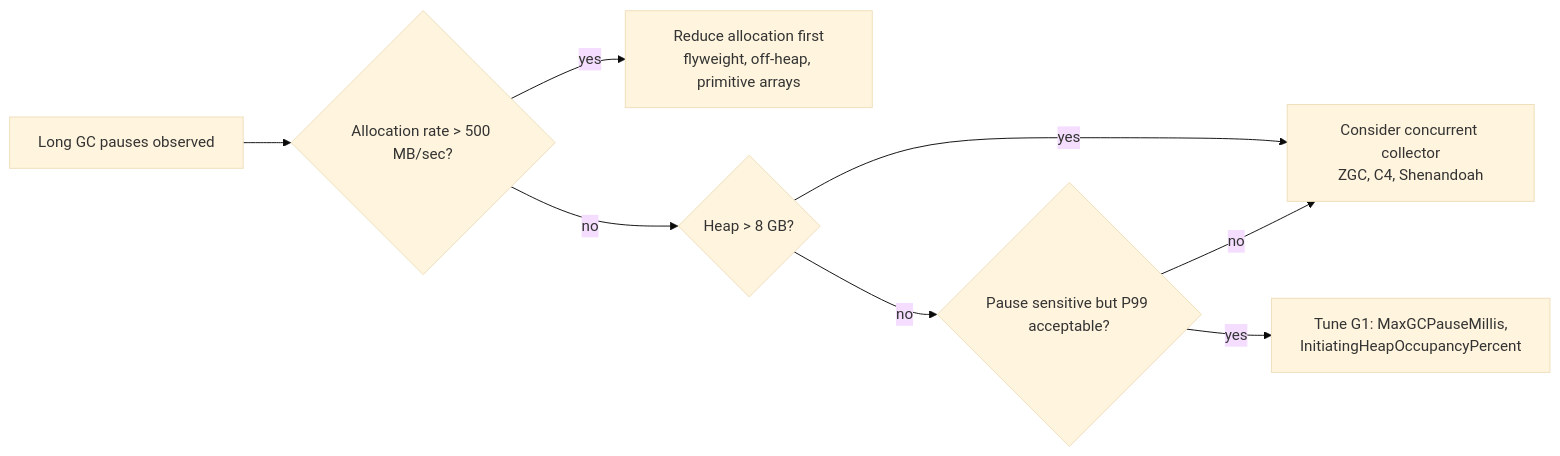
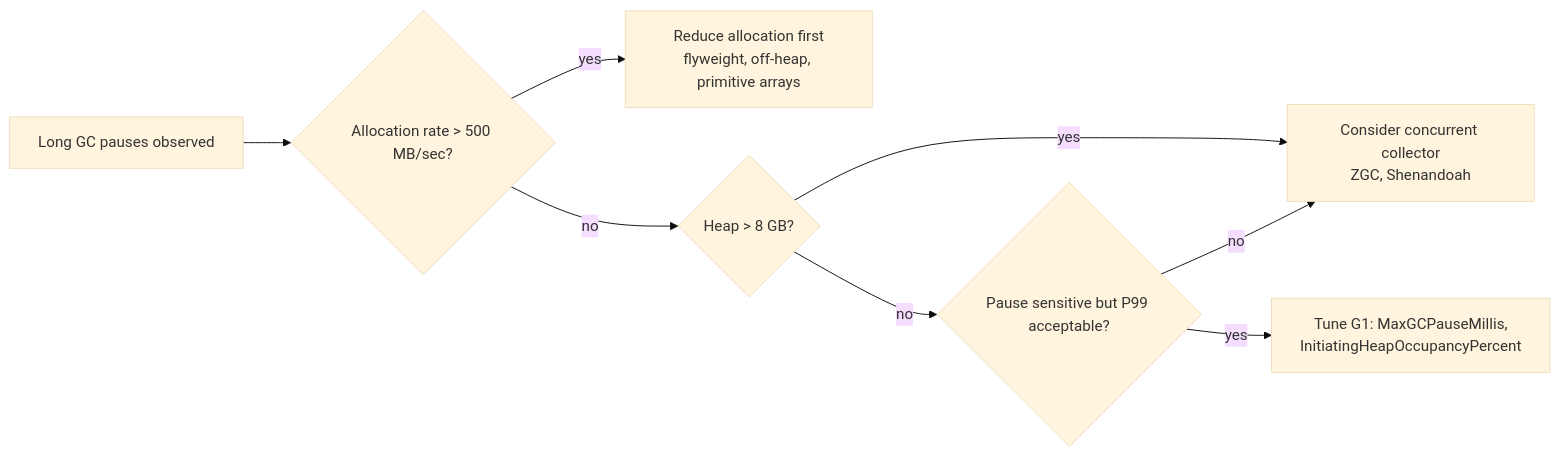
The fifth of 5 diagrams in workshop/WORKSHOP.md (pedanticdev/trader-stream-ee), drawn with Mermaid (base theme) before and after one commit. The commit also changed other lines of this file and 45 other files, not shown here.

````diff
--- a/workshop/WORKSHOP.md
+++ b/workshop/WORKSHOP.md
@@ -457,10 +475,10 @@
 ```mermaid
 flowchart LR
     A[Long GC pauses observed] --> Q1{Allocation rate > 500 MB/sec?}
     Q1 -->|yes| O1[Reduce allocation first<br/>flyweight, off-heap, primitive arrays]
     Q1 -->|no| Q2{Heap > 8 GB?}
-    Q2 -->|yes| O2[Consider concurrent collector<br/>ZGC, C4, Shenandoah]
+    Q2 -->|yes| O2[Consider concurrent collector<br/>ZGC, Shenandoah]
     Q2 -->|no| Q3{Pause sensitive but P99 acceptable?}
     Q3 -->|yes| O3[Tune G1: MaxGCPauseMillis,<br/>InitiatingHeapOccupancyPercent]
     Q3 -->|no| O2
 ```
````
